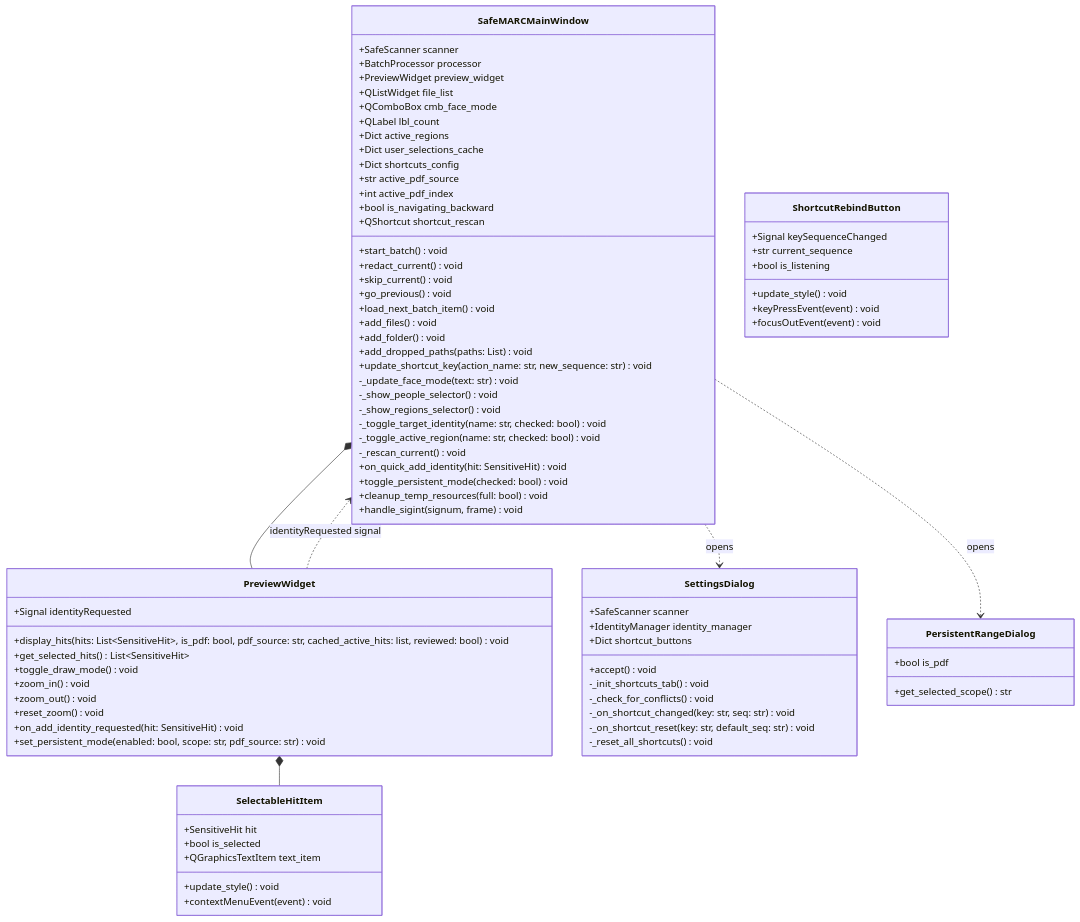
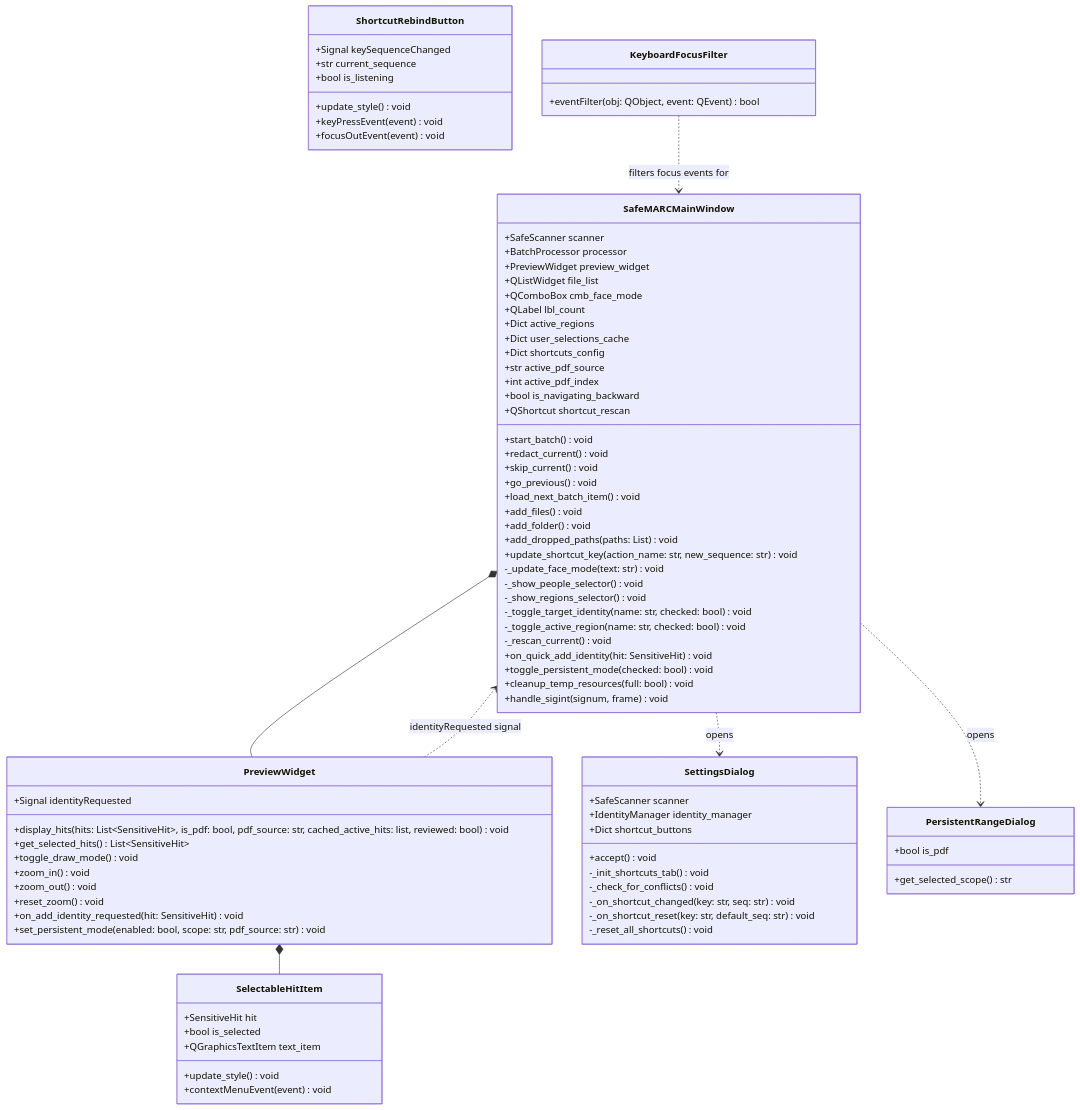
Before and after one commit to FurqanHun/SafeMARC: the third of 3 diagrams in docs/architecture/uml_classes.md, drawn with Mermaid. The commit also changed 2 other files, not shown here.

Commit message:
docs: document keyboard focus filters, escaping behavior, and update class diagrams

````diff
--- a/docs/architecture/uml_classes.md
+++ b/docs/architecture/uml_classes.md
@@ -211,9 +211,14 @@
         +get_selected_scope() str
     }
 
+    class KeyboardFocusFilter {
+        +eventFilter(obj: QObject, event: QEvent) bool
+    }
+
     SafeMARCMainWindow *-- PreviewWidget
     SafeMARCMainWindow ..> SettingsDialog : opens
     SafeMARCMainWindow ..> PersistentRangeDialog : opens
     PreviewWidget *-- SelectableHitItem
     PreviewWidget ..> SafeMARCMainWindow : identityRequested signal
+    KeyboardFocusFilter ..> SafeMARCMainWindow : filters focus events for
 ```
````
